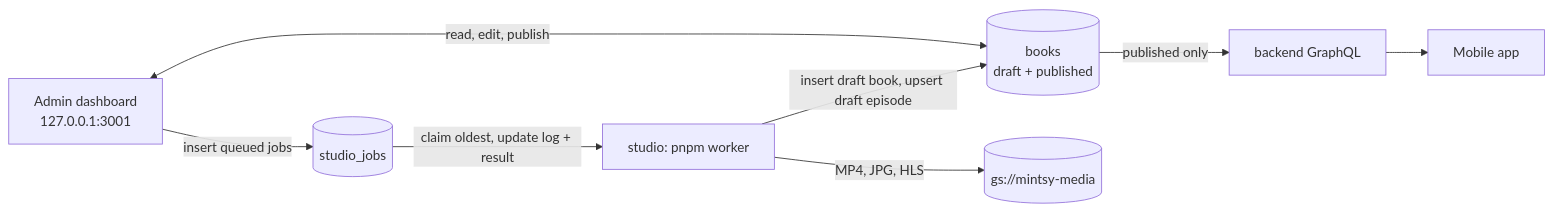
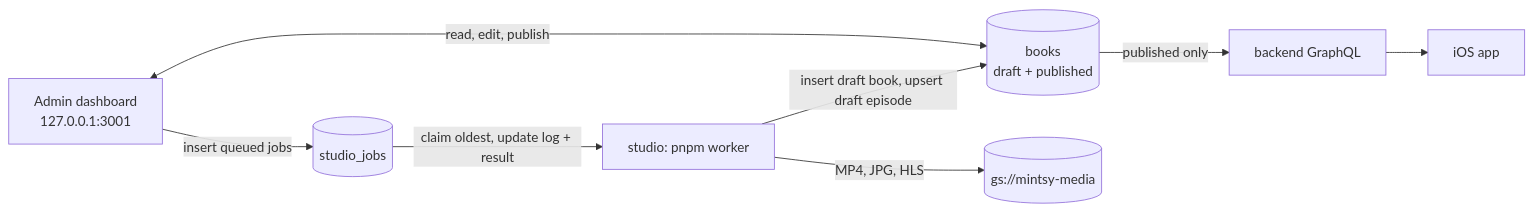
The diagram in apps/docs/services/admin.md (castroaillc/mintsy-web), drawn with Mermaid before and after one commit. The commit also changed other lines of this file and 549 other files, not shown here.

````diff
--- a/apps/docs/services/admin.md
+++ b/apps/docs/services/admin.md
@@ -13,9 +13,9 @@
 ```mermaid
 flowchart LR
   Admin["Admin dashboard<br/>127.0.0.1:3001"] -->|insert queued jobs| Jobs[(studio_jobs)]
   Jobs -->|claim oldest, update log + result| Worker["studio: pnpm worker"]
   Admin <-->|read, edit, publish| Books[("books<br/>draft + published")]
   Worker -->|insert draft book, upsert draft episode| Books
   Worker -->|MP4, JPG, HLS| Bucket[("gs://mintsy-media")]
-  Books -->|published only| API["backend GraphQL"] --> App[Mobile app]
+  Books -->|published only| API["backend GraphQL"] --> App[iOS app]
 ```
````
